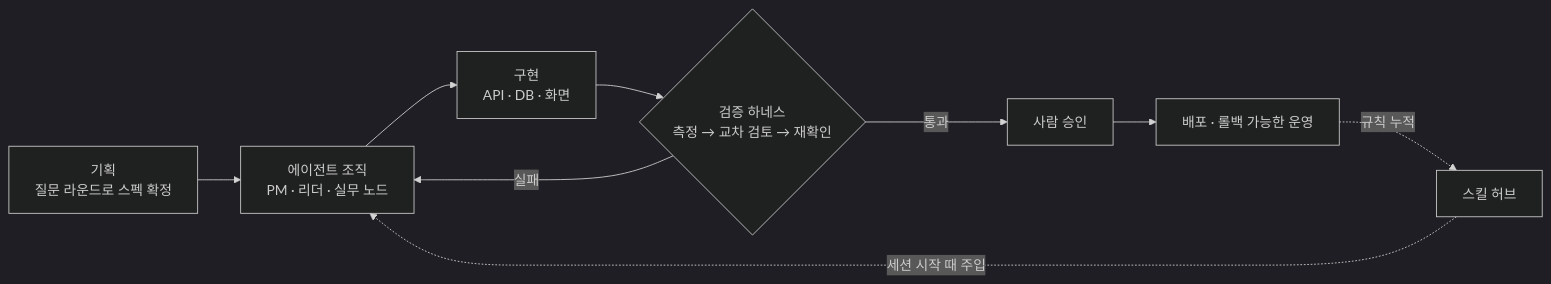
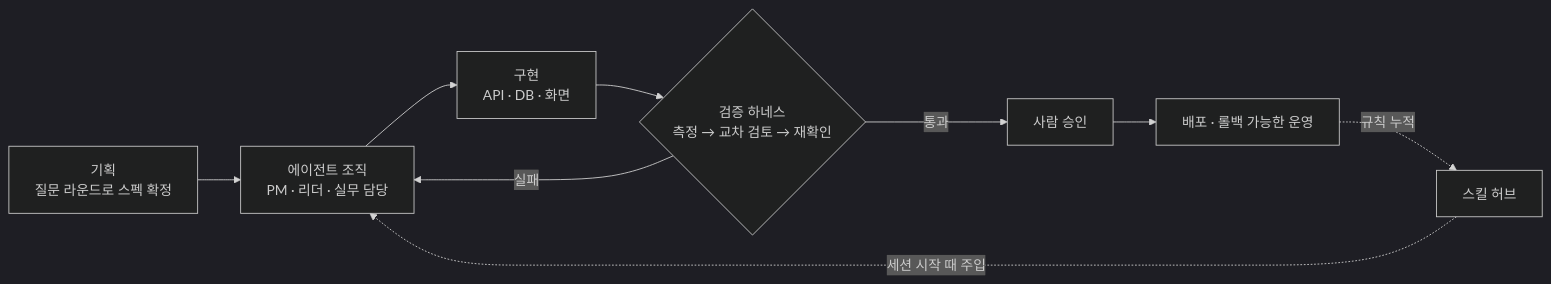
One commit to afteryoon/afteryoon changed the diagram in README.md. Above: the diagram before and after it, drawn with Mermaid (dark theme). The commit also changed other lines of this file, not shown here.

````diff
--- a/README.md
+++ b/README.md
@@ -34,11 +53,11 @@
 ```mermaid
 flowchart LR
-    A[기획<br/>질문 라운드로 스펙 확정] --> B[에이전트 조직<br/>PM · 리더 · 실무 노드]
+    A[기획<br/>질문 라운드로 스펙 확정] --> B[에이전트 조직<br/>PM · 리더 · 실무 담당]
     B --> C[구현<br/>API · DB · 화면]
     C --> D{검증 하네스<br/>측정 → 교차 검토 → 재확인}
     D -- 통과 --> E[사람 승인]
     D -- 실패 --> B
     E --> F[배포 · 롤백 가능한 운영]
     F -.규칙 누적.-> G[스킬 허브]
     G -.세션 시작 때 주입.-> B
 ```
````
